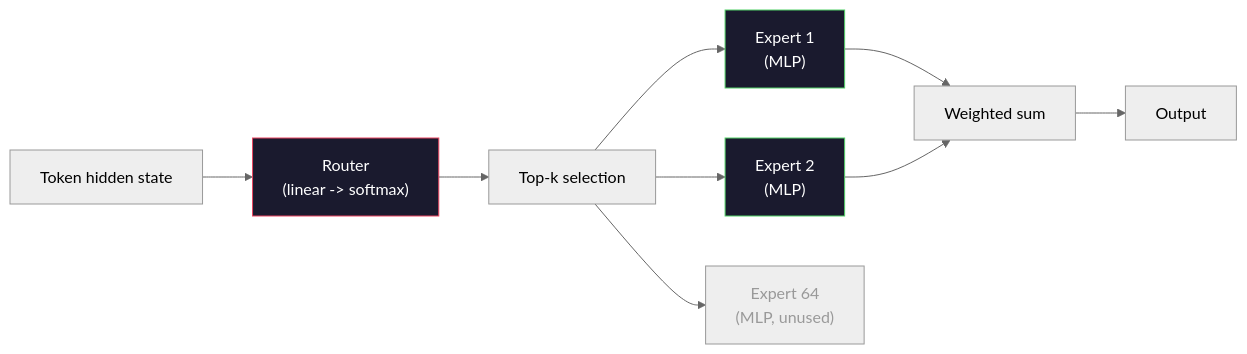
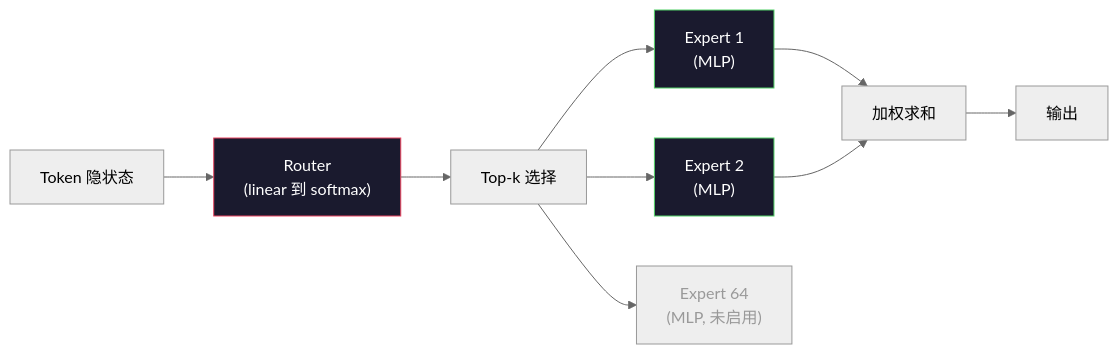
The diagram in phases/10-llms-from-scratch/14-open-models-architecture-walkthroughs/docs/zh.md (JerryC8080/ai-engineering-from-scratch-zh), drawn with Mermaid (neutral theme) before and after one commit. The commit also changed 156 other files, not shown here.

First line of the commit message:
i18n(zh): translate mermaid diagram labels in 157 lesson zh.md

````diff
--- a/phases/10-llms-from-scratch/14-open-models-architecture-walkthroughs/docs/zh.md
+++ b/phases/10-llms-from-scratch/14-open-models-architecture-walkthroughs/docs/zh.md
@@ -120,16 +120,16 @@
 ```mermaid
 graph LR
-    I["Token hidden state"] --> R["Router\n(linear -> softmax)"]
-    R --> T["Top-k selection"]
+    I["Token 隐状态"] --> R["Router\n(linear 到 softmax)"]
+    R --> T["Top-k 选择"]
     T --> E1["Expert 1\n(MLP)"]
     T --> E2["Expert 2\n(MLP)"]
-    T --> EN["Expert 64\n(MLP, unused)"]
-    E1 --> S["Weighted sum"]
+    T --> EN["Expert 64\n(MLP, 未启用)"]
+    E1 --> S["加权求和"]
     E2 --> S
-    S --> O["Output"]
+    S --> O["输出"]
 
     style EN fill:#eeeeee,stroke:#999,color:#999
     style E1 fill:#1a1a2e,stroke:#51cf66,color:#fff
     style E2 fill:#1a1a2e,stroke:#51cf66,color:#fff
     style R fill:#1a1a2e,stroke:#e94560,color:#fff
 ```
````
